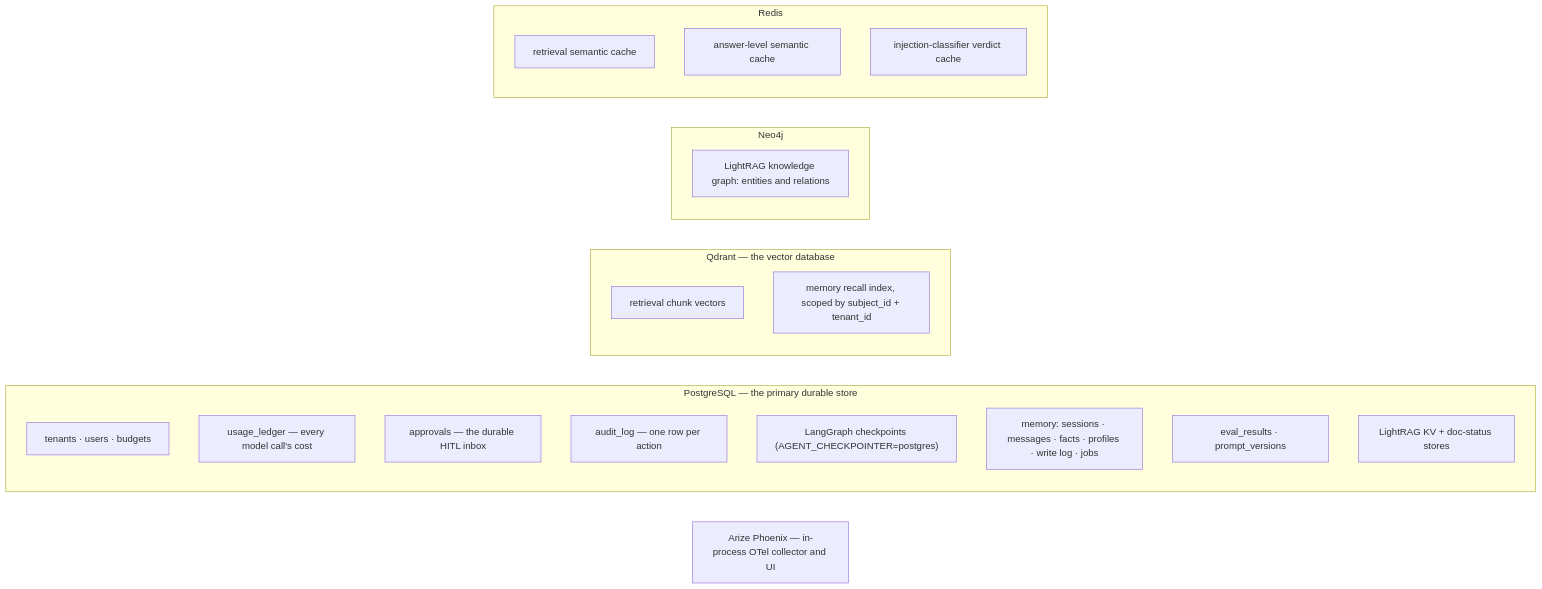
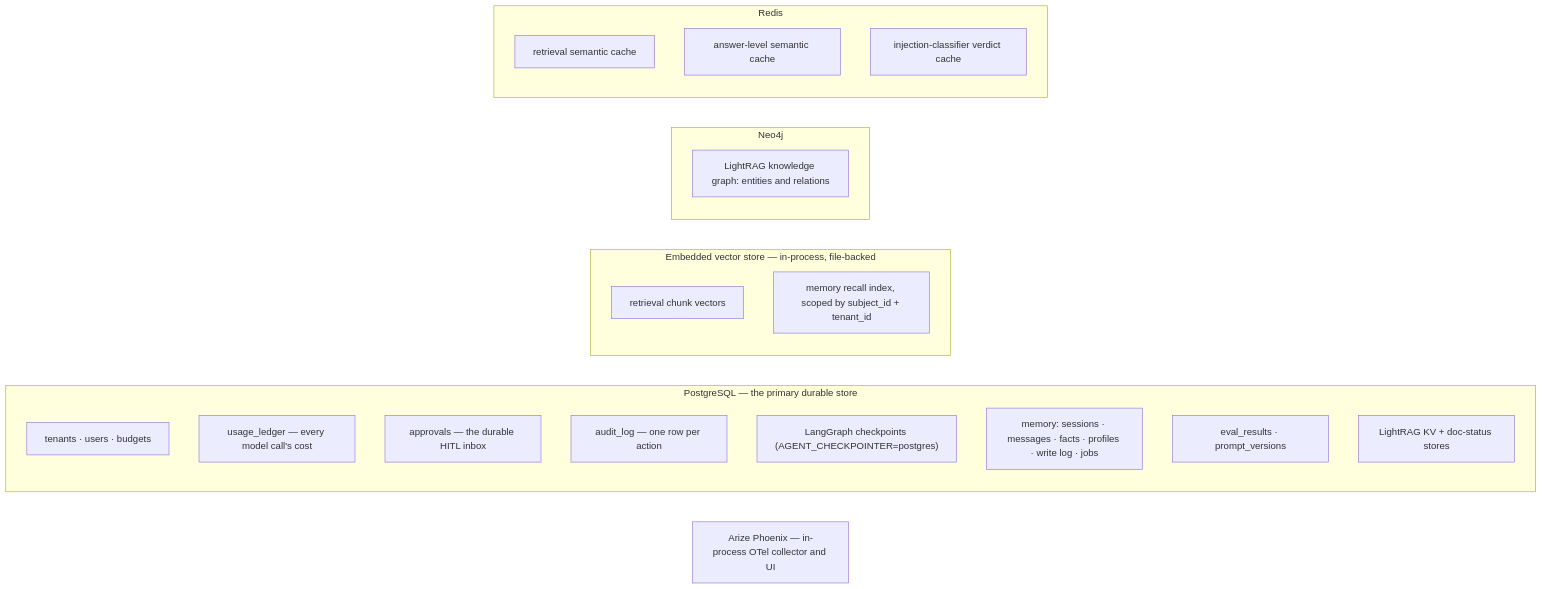
Before and after one commit to yrevash/aegis: the fifth of 6 diagrams in docs/learn/10-architecture.md, drawn with Mermaid. The commit also changed other lines of this file and 79 other files, not shown here.

````diff
--- a/docs/learn/10-architecture.md
+++ b/docs/learn/10-architecture.md
@@ -170,31 +170,31 @@
 ```mermaid
 flowchart LR
     subgraph PG["PostgreSQL — the primary durable store"]
         direction TB
         PG1["tenants · users · budgets"]
         PG2["usage_ledger — every model call's cost"]
         PG3["approvals — the durable HITL inbox"]
         PG4["audit_log — one row per action"]
         PG5["LangGraph checkpoints (AGENT_CHECKPOINTER=postgres)"]
         PG6["memory: sessions · messages · facts · profiles · write log · jobs"]
         PG7["eval_results · prompt_versions"]
         PG8["LightRAG KV + doc-status stores"]
     end
 
-    subgraph QD["Qdrant — the vector database"]
+    subgraph QD["Embedded vector store — in-process, file-backed"]
         QD1["retrieval chunk vectors"]
         QD2["memory recall index, scoped by subject_id + tenant_id"]
     end
 
     subgraph NEO["Neo4j"]
         NEO1["LightRAG knowledge graph: entities and relations"]
     end
 
     subgraph RD["Redis"]
         RD1["retrieval semantic cache"]
         RD2["answer-level semantic cache"]
         RD3["injection-classifier verdict cache"]
     end
 
     PHX["Arize Phoenix — in-process OTel collector and UI"]
 ```
````
